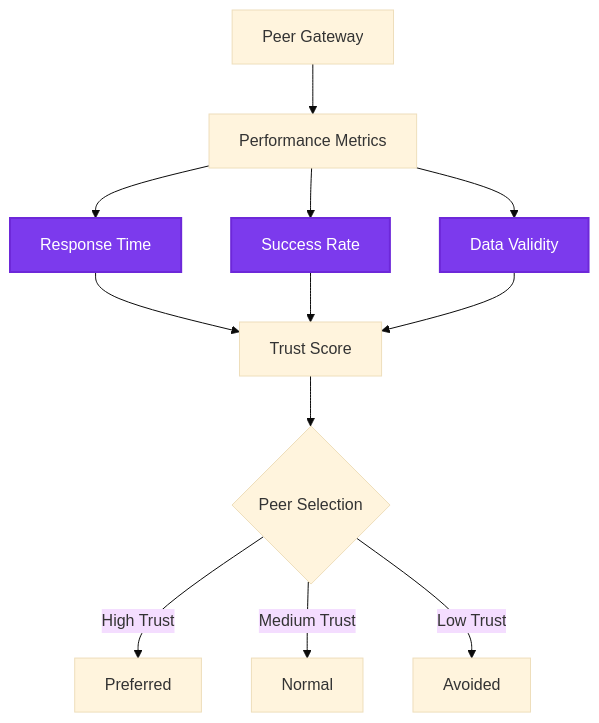
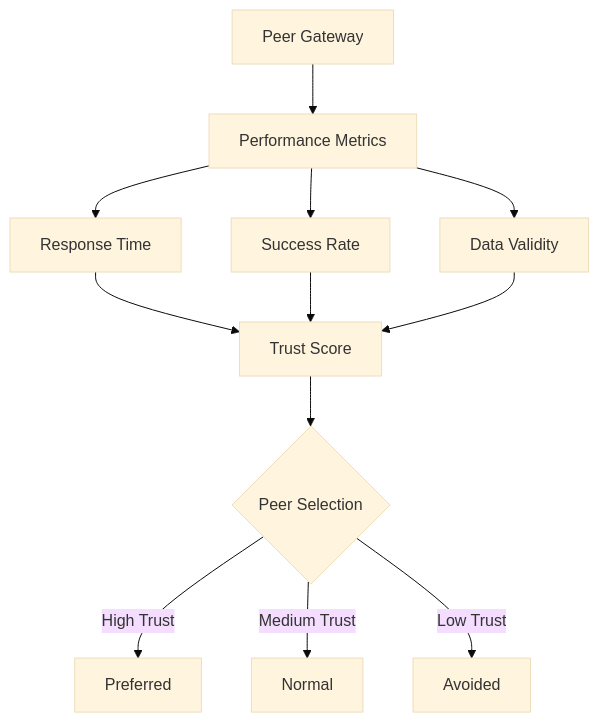
One commit to ar-io/docs changed the second of 2 diagrams in content/learn/gateways/data-retrieval.mdx. Above: the diagram before and after it, drawn with Mermaid (base theme). The commit also changed other lines of this file and 9 other files, not shown here.

First line of the commit message:
feat(docs): legible, on-brand diagrams

````diff
--- a/content/learn/gateways/data-retrieval.mdx
+++ b/content/learn/gateways/data-retrieval.mdx
@@ -98,19 +95,18 @@
 ```mermaid
 graph TD
     PEER[Peer Gateway] --> METRICS[Performance Metrics]
     METRICS --> LATENCY[Response Time]
     METRICS --> SUCCESS[Success Rate]
     METRICS --> VALIDITY[Data Validity]
     
     LATENCY --> SCORE[Trust Score]
     SUCCESS --> SCORE
     VALIDITY --> SCORE
     
     SCORE --> SELECTION{Peer Selection}
     SELECTION -->|High Trust| PREFER[Preferred]
     SELECTION -->|Medium Trust| NORMAL[Normal]
     SELECTION -->|Low Trust| AVOID[Avoided]
     
-    classDef metric fill:#7c3aed,stroke:#6d28d9,stroke-width:2px,color:#fff
-    class LATENCY,SUCCESS,VALIDITY metric
+    class LATENCY,SUCCESS,VALIDITY dg-strong
 ```
````
